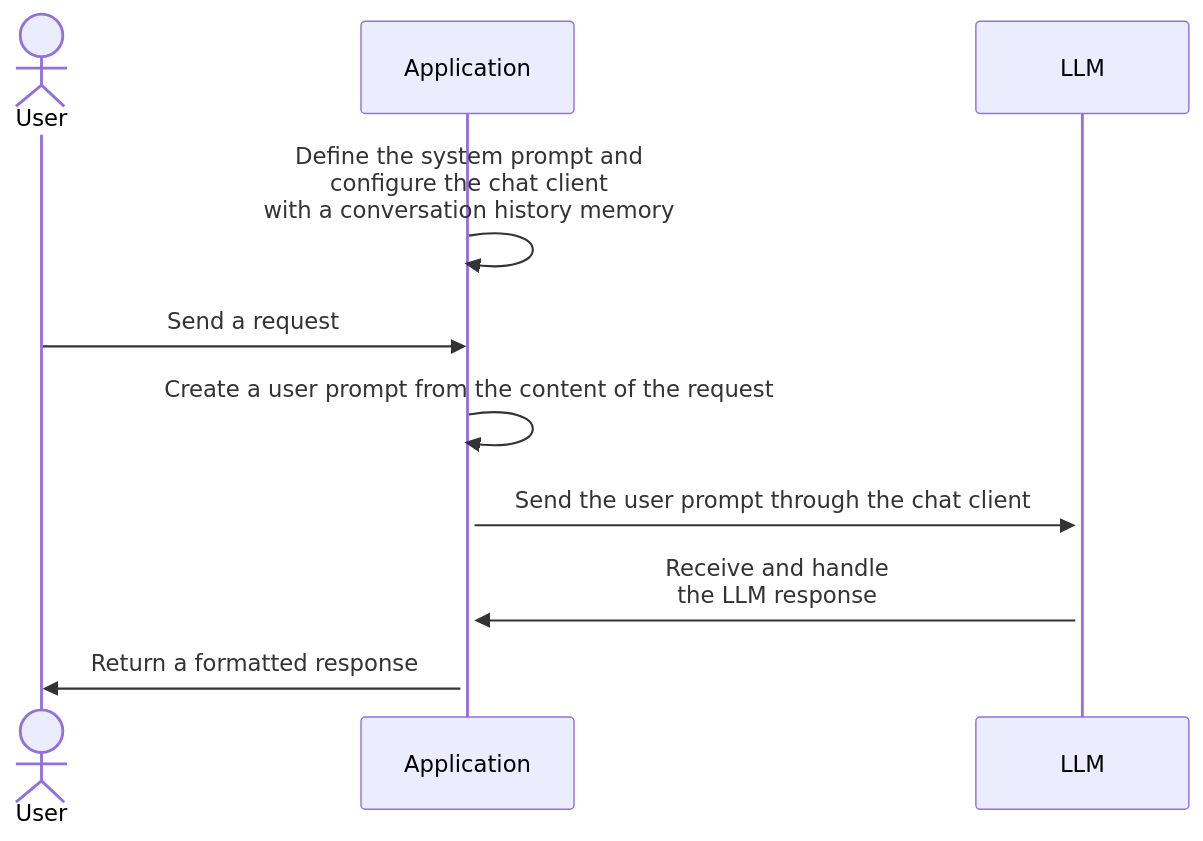
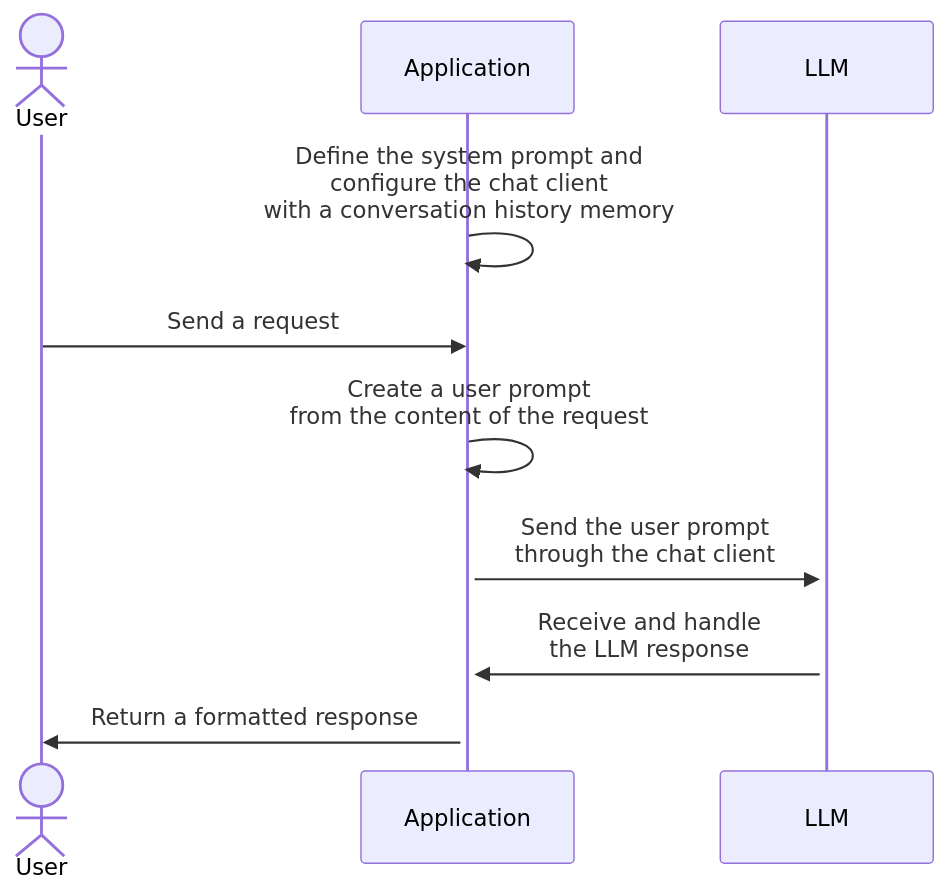
Before and after one commit to righettod/poc-llm: the diagram in poc00/README.md, drawn with Mermaid.

````diff
--- a/poc00/README.md
+++ b/poc00/README.md
@@ -7,12 +7,12 @@
 ```mermaid
 sequenceDiagram
     actor U as User
     participant A as Application
     participant L as LLM
     A->>A: Define the system prompt and<br/>configure the chat client<br/>with a conversation history memory
     U->>A: Send a request
-    A->>+A: Create a user prompt from the content of the request
-    A->>+L: Send the user prompt through the chat client
+    A->>+A: Create a user prompt<br/>from the content of the request
+    A->>+L: Send the user prompt<br/>through the chat client
     L->>+A: Receive and handle<br/>the LLM response
     A->>U: Return a formatted response
 ```
````
